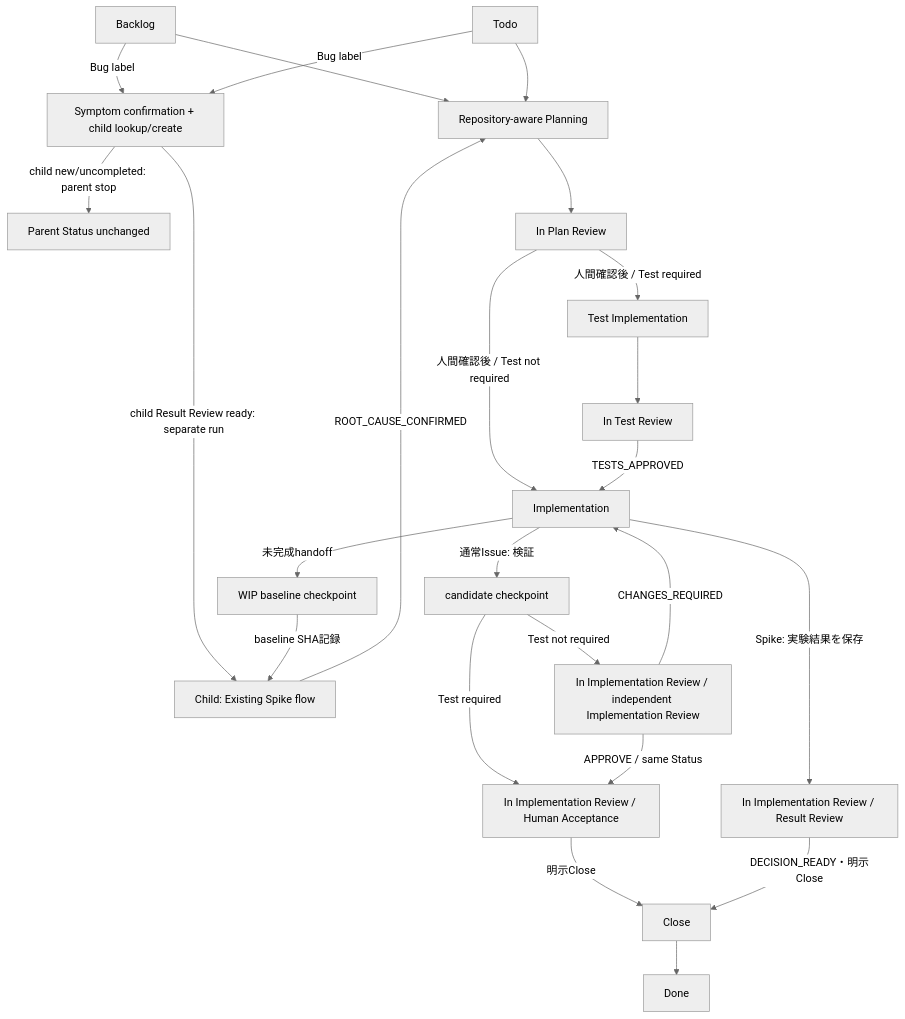
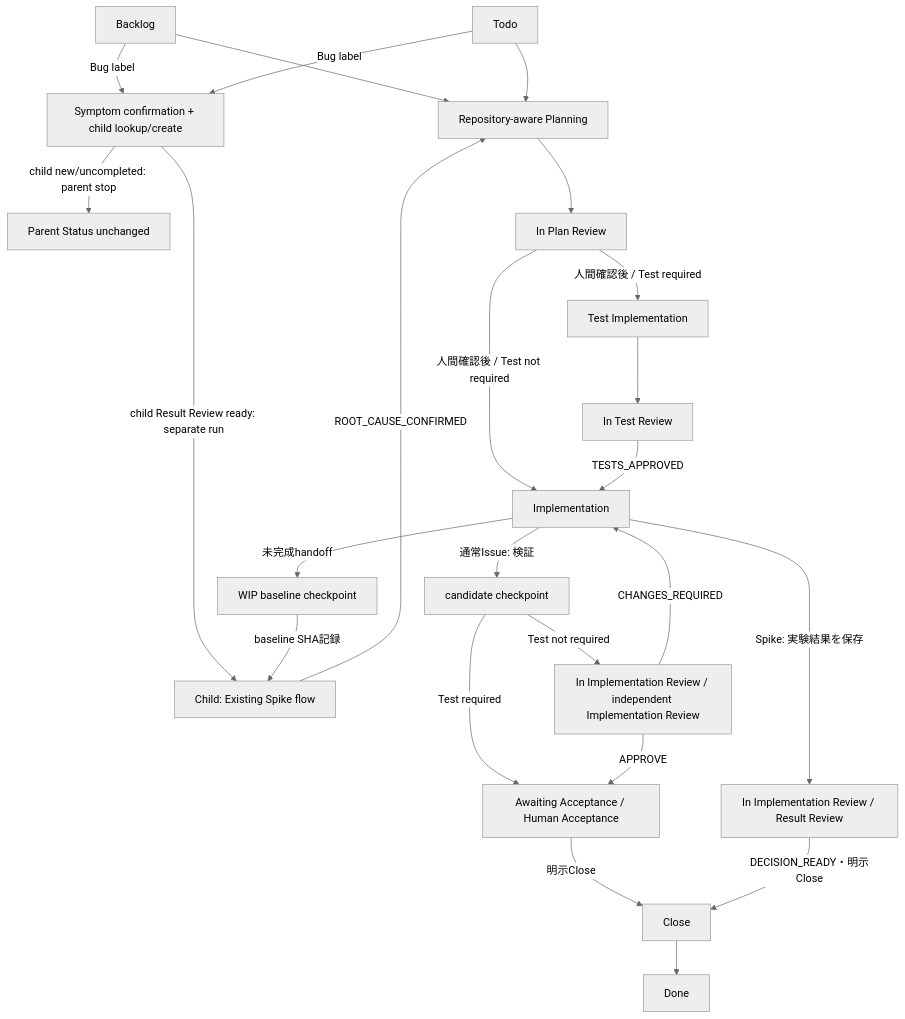
Before and after one commit to hnishim/harness: the first of 2 diagrams in agent-development-workflow.md, drawn with Mermaid (neutral theme). The commit also changed other lines of this file and 4 other files, not shown here.

Commit message:
HIR-262: separate Awaiting Acceptance status

````diff
--- a/agent-development-workflow.md
+++ b/agent-development-workflow.md
@@ -46,26 +46,26 @@
 ```mermaid
 flowchart TD
     B[Backlog] --> P[Repository-aware Planning]
     T[Todo] --> P
     B -->|Bug label| BI[Symptom confirmation + child lookup/create]
     T -->|Bug label| BI
     BI -->|child new/uncompleted: parent stop| PS[Parent Status unchanged]
     BI -->|child Result Review ready: separate run| SI[Child: Existing Spike flow]
     SI -->|ROOT_CAUSE_CONFIRMED| P
     P --> R[In Plan Review]
     R -->|人間確認後 / Test required| TW[Test Implementation]
     R -->|人間確認後 / Test not required| I[Implementation]
     TW --> TR[In Test Review]
     TR -->|TESTS_APPROVED| I
     I -->|通常Issue: 検証| CP[candidate checkpoint]
-    CP -->|Test required| HA[In Implementation Review / Human Acceptance]
+    CP -->|Test required| HA[Awaiting Acceptance / Human Acceptance]
     CP -->|Test not required| IR[In Implementation Review / independent Implementation Review]
-    IR -->|APPROVE / same Status| HA
+    IR -->|APPROVE| HA
     IR -->|CHANGES_REQUIRED| I
     I -->|Spike: 実験結果を保存| SR[In Implementation Review / Result Review]
     I -->|未完成handoff| BP[WIP baseline checkpoint]
     BP -->|baseline SHA記録| SI
     HA -->|明示Close| C[Close]
     SR -->|DECISION_READY・明示Close| C
     C --> D[Done]
 ```
````
